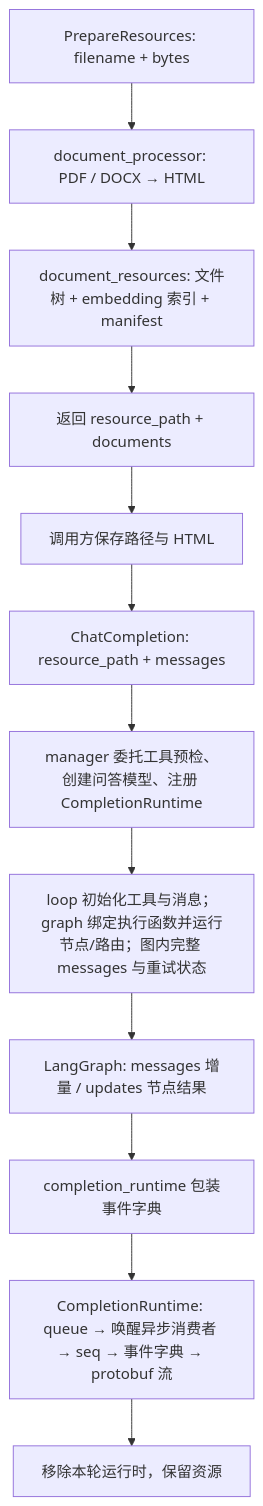
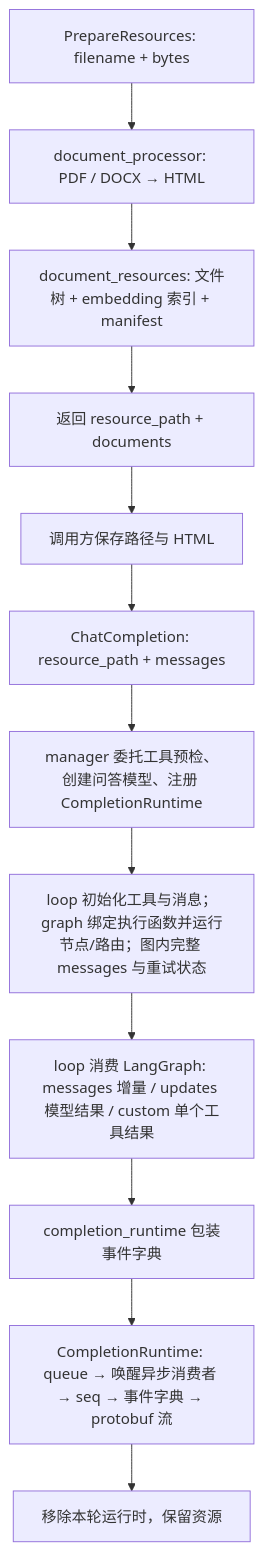
Before and after one commit to ADChahaha/TraceAgent: the first of 3 diagrams in agent/service/file_extraction_agent/docs/flowchart.md, drawn with Mermaid. The commit also changed other lines of this file and 24 other files, not shown here.

````diff
--- a/agent/service/file_extraction_agent/docs/flowchart.md
+++ b/agent/service/file_extraction_agent/docs/flowchart.md
@@ -5,14 +5,14 @@
 ```mermaid
 flowchart TD
     A["PrepareResources: filename + bytes"] --> B["document_processor: PDF / DOCX → HTML"]
     B --> C["document_resources: 文件树 + embedding 索引 + manifest"]
     C --> D["返回 resource_path + documents"]
     D --> E["调用方保存路径与 HTML"]
     E --> F["ChatCompletion: resource_path + messages"]
     F --> G["manager 委托工具预检、创建问答模型、注册 CompletionRuntime"]
     G --> H["loop 初始化工具与消息；graph 绑定执行函数并运行节点/路由；图内完整 messages 与重试状态"]
-    H --> I["LangGraph: messages 增量 / updates 节点结果"]
+    H --> I["loop 消费 LangGraph: messages 增量 / updates 模型结果 / custom 单个工具结果"]
     I --> J["completion_runtime 包装事件字典"]
     J --> K["CompletionRuntime: queue → 唤醒异步消费者 → seq → 事件字典 → protobuf 流"]
     K --> L["移除本轮运行时，保留资源"]
 ```
````
